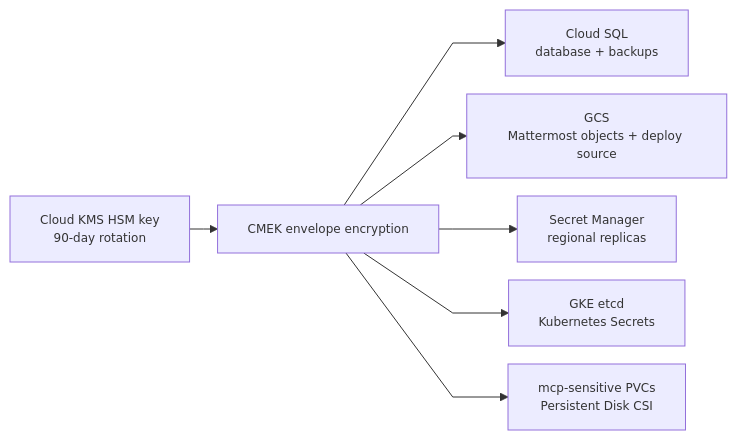
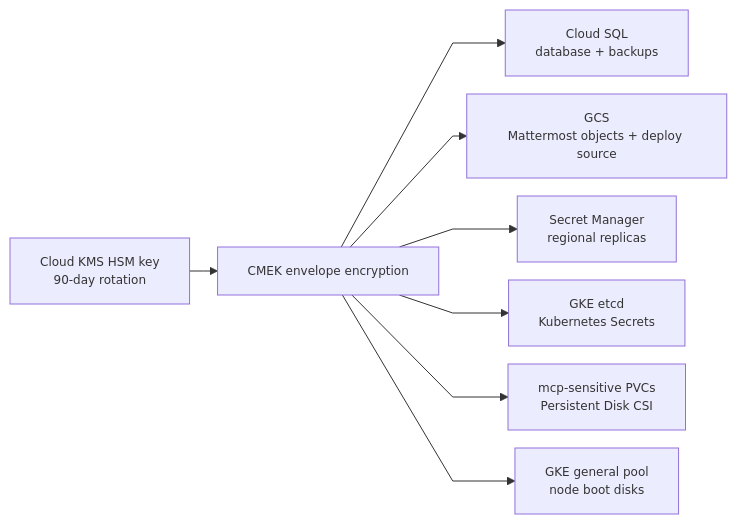
The fifth of 10 diagrams in README.md (pilprod/yourown-chat), drawn with Mermaid before and after one commit. The commit also changed other lines of this file and 6 other files, not shown here.

Commit message:
feat: encrypt GKE node boot disks with CMEK

````diff
--- a/README.md
+++ b/README.md
@@ -695,10 +695,11 @@
 ```mermaid
 %%{init: {"flowchart": {"nodeSpacing": 18, "rankSpacing": 28, "curve": "linear"}, "themeVariables": {"fontSize": "12px"}}}%%
 flowchart LR
   K["Cloud KMS HSM key<br/>90-day rotation"] --> E["CMEK envelope encryption"]
   E --> SQL["Cloud SQL<br/>database + backups"]
   E --> GCS["GCS<br/>Mattermost objects + deploy source"]
   E --> SM["Secret Manager<br/>regional replicas"]
   E --> ETCD["GKE etcd<br/>Kubernetes Secrets"]
   E --> PVC["mcp-sensitive PVCs<br/>Persistent Disk CSI"]
+  E --> ND["GKE general pool<br/>node boot disks"]
 ```
````
